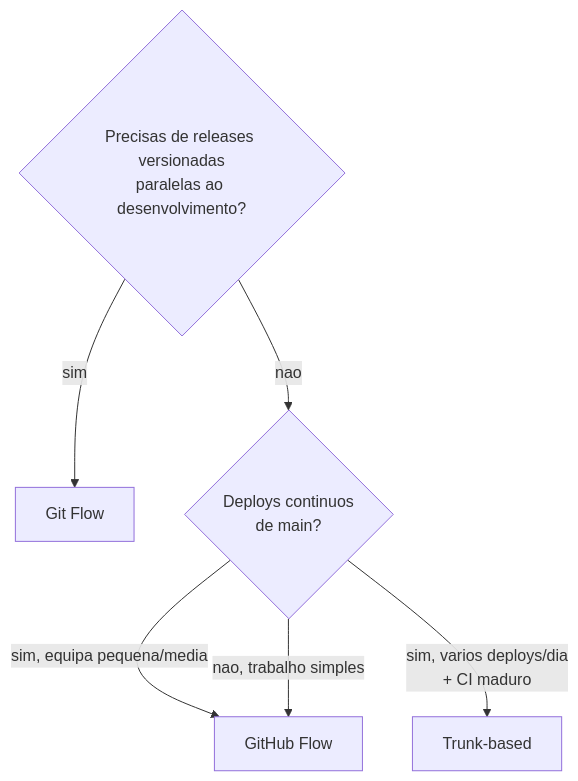
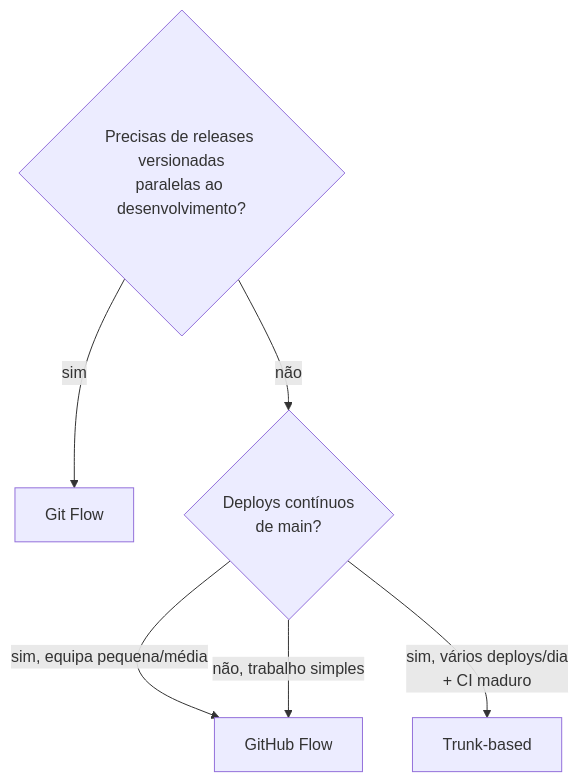
Before and after one commit to BerniloBernardo-boot/Git-e-GitHub: the second of 2 diagrams in 08-Workflows-Profissionais/01-git-flow-github-flow-trunk-based.md, drawn with Mermaid. The commit also changed other lines of this file and 13 other files, not shown here.

Commit message:
docs: traduz elementos explicativos dos diagramas para PT-PT

````diff
--- a/08-Workflows-Profissionais/01-git-flow-github-flow-trunk-based.md
+++ b/08-Workflows-Profissionais/01-git-flow-github-flow-trunk-based.md
@@ -68,8 +68,8 @@
 ```mermaid
 flowchart TD
     Q1{"Precisas de releases versionadas\nparalelas ao desenvolvimento?"} -->|sim| GF["Git Flow"]
-    Q1 -->|nao| Q2{"Deploys continuos\nde main?"}
-    Q2 -->|sim, equipa pequena/media| GHF["GitHub Flow"]
-    Q2 -->|sim, varios deploys/dia\n+ CI maduro| TBD["Trunk-based"]
-    Q2 -->|nao, trabalho simples| GHF
+    Q1 -->|não| Q2{"Deploys contínuos\nde main?"}
+    Q2 -->|sim, equipa pequena/média| GHF["GitHub Flow"]
+    Q2 -->|sim, vários deploys/dia\n+ CI maduro| TBD["Trunk-based"]
+    Q2 -->|não, trabalho simples| GHF
 ```
````
